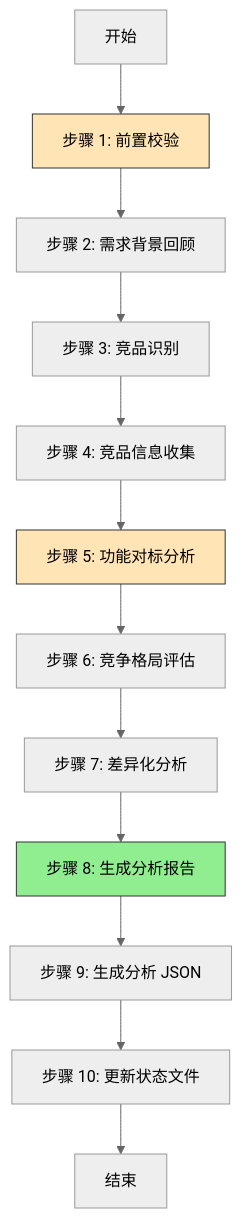
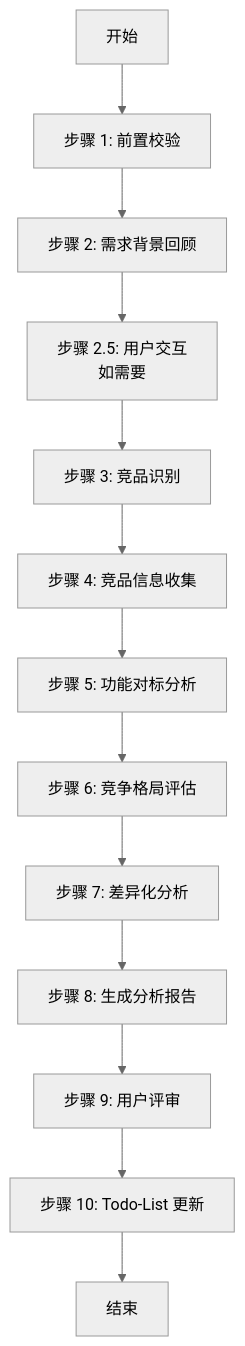
Before and after one commit to HeartFlying/swf: the second of 4 diagrams in skills/s2-market/skill9-competitor/SKILL.md, drawn with Mermaid (neutral theme). The commit also changed other lines of this file and 39 other files, not shown here.

````diff
--- a/skills/s2-market/skill9-competitor/SKILL.md
+++ b/skills/s2-market/skill9-competitor/SKILL.md
@@ -94,18 +88,15 @@
 ```mermaid
-graph TD
+flowchart TD
     Start[开始] --> Step1[步骤 1: 前置校验]
     Step1 --> Step2[步骤 2: 需求背景回顾]
-    Step2 --> Step3[步骤 3: 竞品识别]
+    Step2 --> Step2_5[步骤 2.5: 用户交互<br/>如需要]
+    Step2_5 --> Step3[步骤 3: 竞品识别]
     Step3 --> Step4[步骤 4: 竞品信息收集]
     Step4 --> Step5[步骤 5: 功能对标分析]
     Step5 --> Step6[步骤 6: 竞争格局评估]
     Step6 --> Step7[步骤 7: 差异化分析]
     Step7 --> Step8[步骤 8: 生成分析报告]
-    Step8 --> Step9[步骤 9: 生成分析 JSON]
-    Step9 --> Step10[步骤 10: 更新状态文件]
+    Step8 --> Step9[步骤 9: 用户评审]
+    Step9 --> Step10[步骤 10: Todo-List 更新]
     Step10 --> End[结束]
-    
-    style Step1 fill:#FFE4B5,stroke:#333,stroke-width:1px
-    style Step5 fill:#FFE4B5,stroke:#333,stroke-width:1px
-    style Step8 fill:#90EE90,stroke:#333,stroke-width:1px
 ```
````
